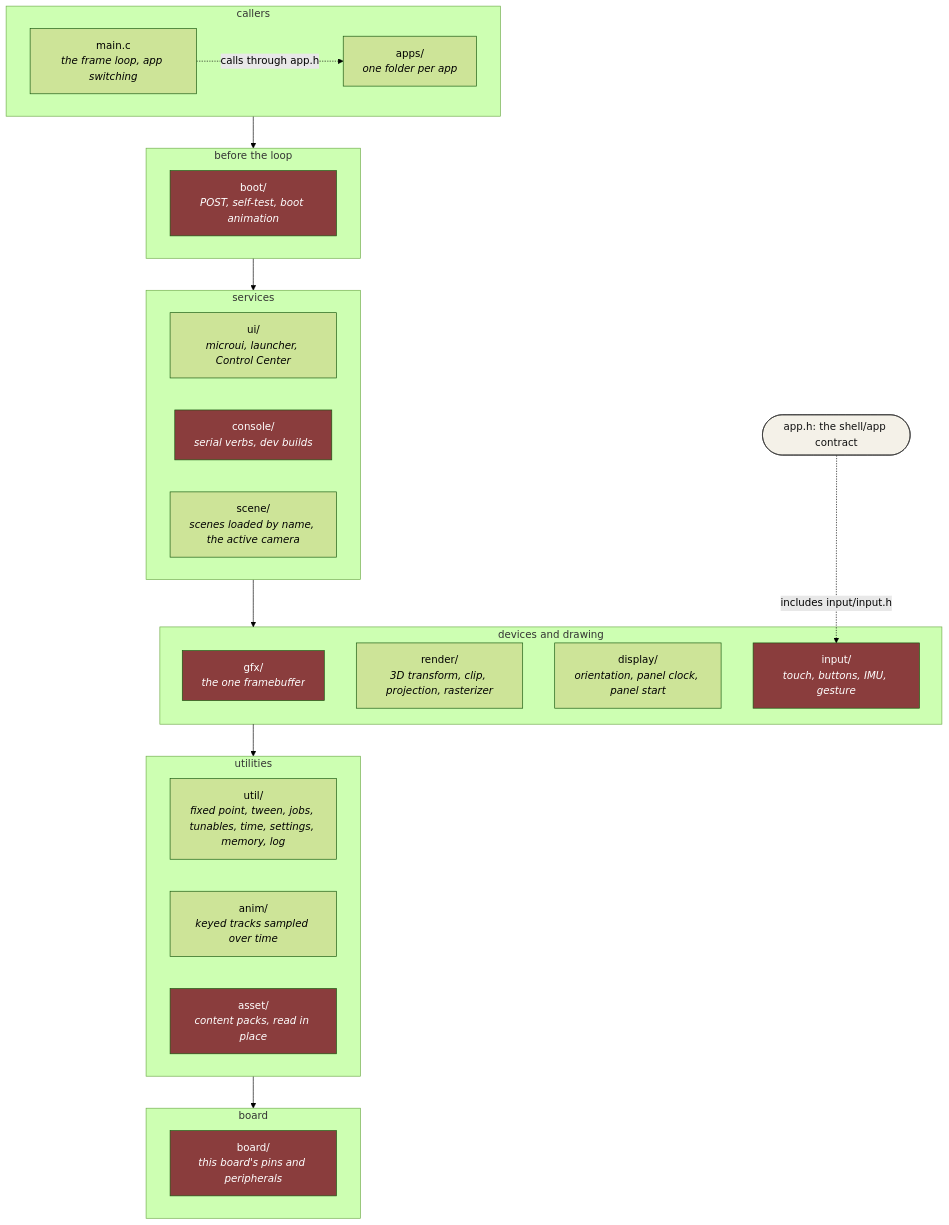
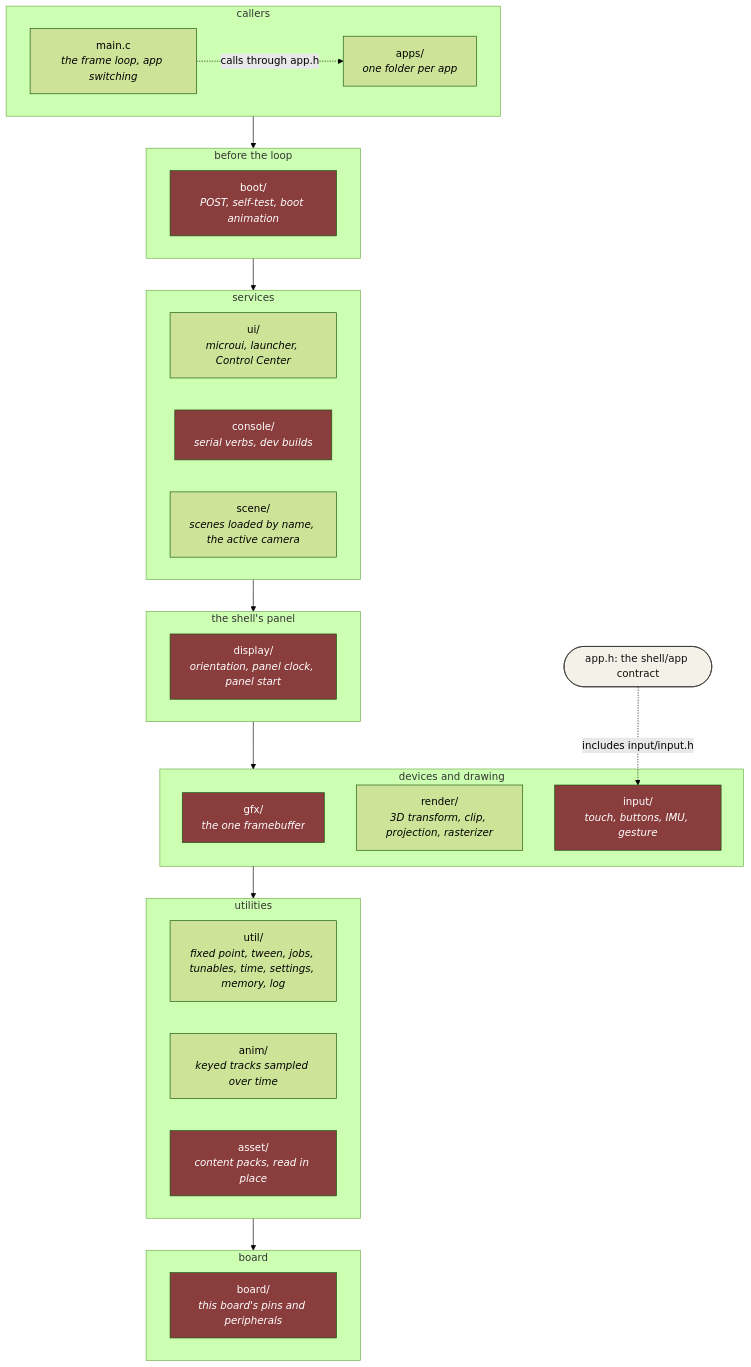
Before and after one commit to jose-villegas/autana: the first of 4 diagrams in docs/Firmware-Architecture.md, drawn with Mermaid (forest theme). The commit also changed 2 other files, not shown here.

Commit message:
gates: display sits above gfx and input, since it starts the panel and samples the sensor

````diff
--- a/docs/Firmware-Architecture.md
+++ b/docs/Firmware-Architecture.md
@@ -46,37 +46,39 @@
 ```mermaid
 flowchart TB
     classDef hw fill:#8a3d3d,color:#fff
     classDef contract fill:#f4f1e8,stroke:#333,stroke-width:1px,color:#111
 
     subgraph R1["callers"]
         Apps["apps/<br/><i>one folder per app</i>"]
         Main["main.c<br/><i>the frame loop, app switching</i>"]
     end
     subgraph R3["before the loop"]
         Boot["boot/<br/><i>POST, self-test, boot animation</i>"]:::hw
     end
     subgraph R4["services"]
         Ui["ui/<br/><i>microui, launcher, Control Center</i>"]
         Console["console/<br/><i>serial verbs, dev builds</i>"]:::hw
         Scene["scene/<br/><i>scenes loaded by name, the active camera</i>"]
     end
-    subgraph R5["devices and drawing"]
+    subgraph R5["the shell's panel"]
+        Display["display/<br/><i>orientation, panel clock, panel start</i>"]:::hw
+    end
+    subgraph R6["devices and drawing"]
         Gfx["gfx/<br/><i>the one framebuffer</i>"]:::hw
         Render["render/<br/><i>3D transform, clip, projection, rasterizer</i>"]
-        Display["display/<br/><i>orientation, panel clock, panel start</i>"]
         Input["input/<br/><i>touch, buttons, IMU, gesture</i>"]:::hw
     end
-    subgraph R6["utilities"]
+    subgraph R7["utilities"]
         Util["util/<br/><i>fixed point, tween, jobs, tunables, time, settings, memory, log</i>"]
         Anim["anim/<br/><i>keyed tracks sampled over time</i>"]
         Asset["asset/<br/><i>content packs, read in place</i>"]:::hw
     end
-    subgraph R7["board"]
+    subgraph R8["board"]
         Board["board/<br/><i>this board's pins and peripherals</i>"]:::hw
     end
 
-    R1 --> R3 --> R4 --> R5 --> R6 --> R7
+    R1 --> R3 --> R4 --> R5 --> R6 --> R7 --> R8
     Contract(["app.h: the shell/app contract"]):::contract
     Main -.->|"calls through app.h"| Apps
     Contract -.->|"includes input/input.h"| Input
 ```
````
